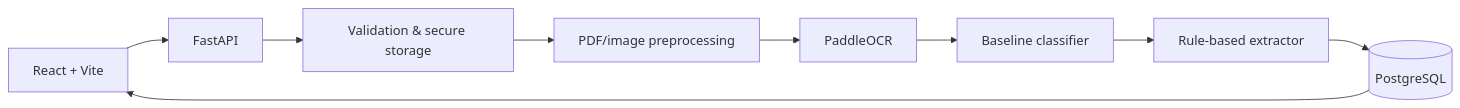
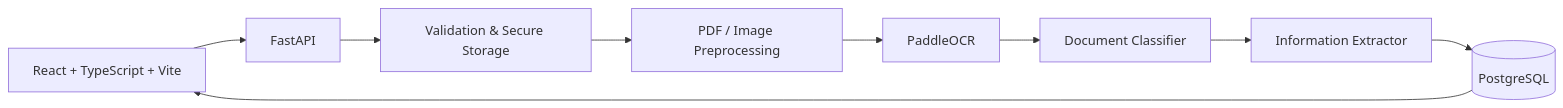
One commit to ranimglee/docIQ changed the diagram in README.md. Above: the diagram before and after it, drawn with Mermaid. The commit also changed other lines of this file, not shown here.

````diff
--- a/README.md
+++ b/README.md
@@ -17,11 +118,20 @@
 ```mermaid
 flowchart LR
-  UI[React + Vite] --> API[FastAPI]
-  API --> V[Validation & secure storage]
-  V --> P[PDF/image preprocessing]
-  P --> O[PaddleOCR]
-  O --> C[Baseline classifier]
-  C --> E[Rule-based extractor]
-  E --> DB[(PostgreSQL)]
-  DB --> UI
+    UI[React + TypeScript + Vite]
+    API[FastAPI]
+    V[Validation & Secure Storage]
+    P[PDF / Image Preprocessing]
+    O[PaddleOCR]
+    C[Document Classifier]
+    E[Information Extractor]
+    DB[(PostgreSQL)]
+
+    UI --> API
+    API --> V
+    V --> P
+    P --> O
+    O --> C
+    C --> E
+    E --> DB
+    DB --> UI
 ```
````
